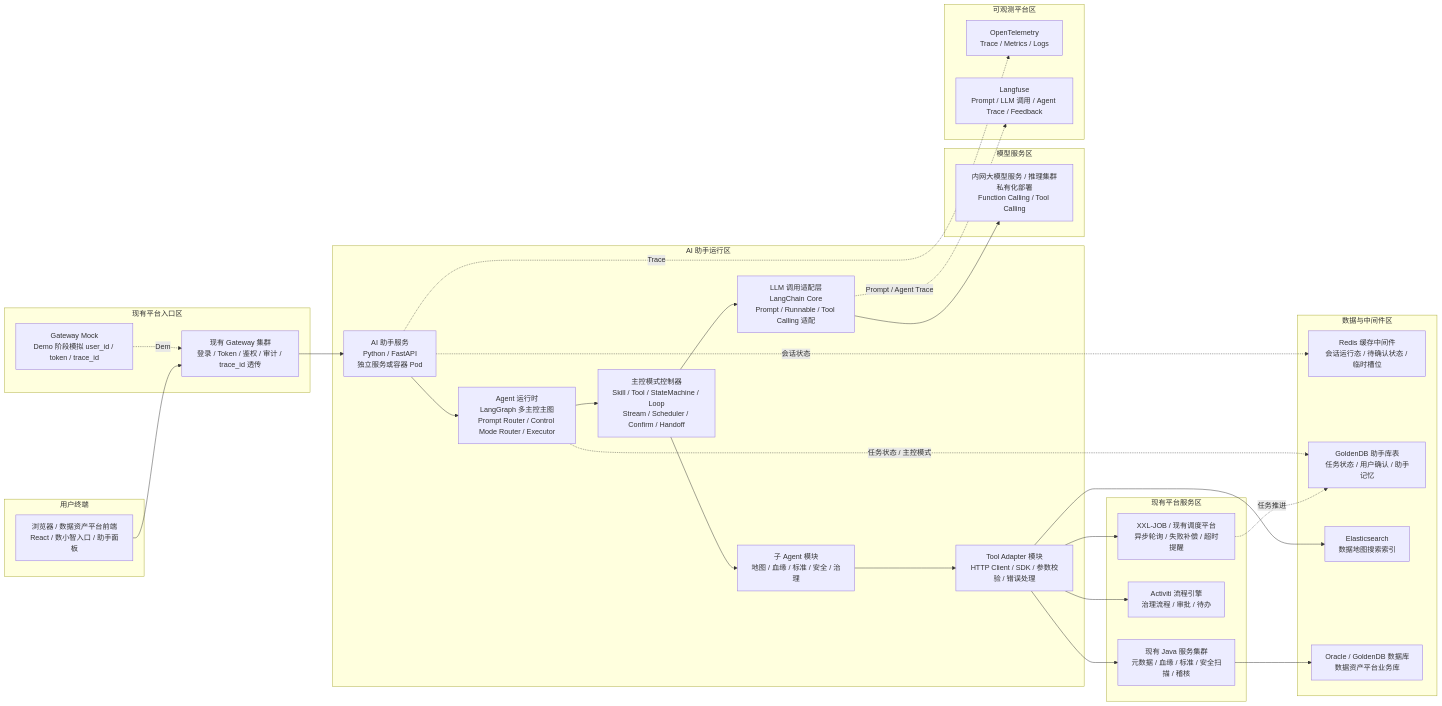
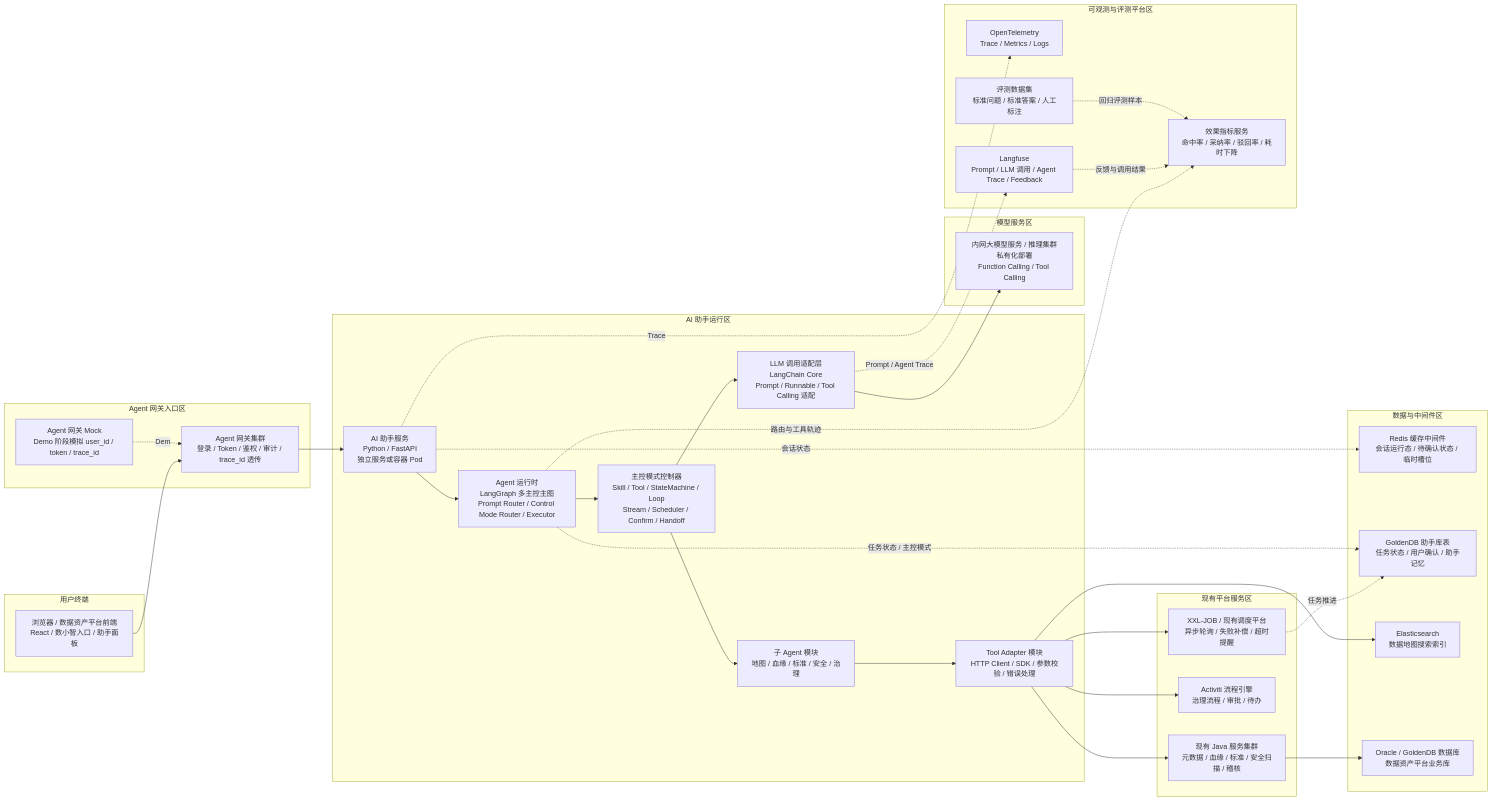
One commit to ShaneLiu001/dataasset changed the first of 8 diagrams in 数据资产助手/06-架构设计/01-数据资产助手技术架构设计.md. Above: the diagram before and after it, drawn with Mermaid. The commit also changed other lines of this file and 6 other files, not shown here.

````diff
--- a/数据资产助手/06-架构设计/01-数据资产助手技术架构设计.md
+++ b/数据资产助手/06-架构设计/01-数据资产助手技术架构设计.md
@@ -22,63 +22,68 @@
 ```mermaid
 flowchart LR
   subgraph Client[用户终端]
     Web[浏览器 / 数据资产平台前端<br/>React / 数小智入口 / 助手面板]
   end
 
-  subgraph PlatformEntry[现有平台入口区]
-    Gateway[现有 Gateway 集群<br/>登录 / Token / 鉴权 / 审计 / trace_id 透传]
-    GatewayMock[Gateway Mock<br/>Demo 阶段模拟 user_id / token / trace_id]
+  subgraph PlatformEntry[Agent 网关入口区]
+    Gateway[Agent 网关集群<br/>登录 / Token / 鉴权 / 审计 / trace_id 透传]
+    GatewayMock[Agent 网关 Mock<br/>Demo 阶段模拟 user_id / token / trace_id]
   end
 
   subgraph AssistantRuntime[AI 助手运行区]
     FastAPI[AI 助手服务<br/>Python / FastAPI<br/>独立服务或容器 Pod]
     Graph[Agent 运行时<br/>LangGraph 多主控主图<br/>Prompt Router / Control Mode Router / Executor]
     Control[主控模式控制器<br/>Skill / Tool / StateMachine / Loop<br/>Stream / Scheduler / Confirm / Handoff]
     LC[LLM 调用适配层<br/>LangChain Core<br/>Prompt / Runnable / Tool Calling 适配]
     Agents[子 Agent 模块<br/>地图 / 血缘 / 标准 / 安全 / 治理]
     Tool[Tool Adapter 模块<br/>HTTP Client / SDK / 参数校验 / 错误处理]
   end
 
   subgraph ModelZone[模型服务区]
     LLM[内网大模型服务 / 推理集群<br/>私有化部署<br/>Function Calling / Tool Calling]
   end
 
   subgraph ExistingServices[现有平台服务区]
     JavaAPI[现有 Java 服务集群<br/>元数据 / 血缘 / 标准 / 安全扫描 / 稽核]
     Activiti[Activiti 流程引擎<br/>治理流程 / 审批 / 待办]
     Scheduler[XXL-JOB / 现有调度平台<br/>异步轮询 / 失败补偿 / 超时提醒]
   end
 
   subgraph DataInfra[数据与中间件区]
     Redis[Redis 缓存中间件<br/>会话运行态 / 待确认状态 / 临时槽位]
     AssistantDB[GoldenDB 助手库表<br/>任务状态 / 用户确认 / 助手记忆]
     ES[Elasticsearch<br/>数据地图搜索索引]
     PlatformDB[Oracle / GoldenDB 数据库<br/>数据资产平台业务库]
   end
 
-  subgraph Obs[可观测平台区]
+  subgraph Obs[可观测与评测平台区]
     OTel[OpenTelemetry<br/>Trace / Metrics / Logs]
     Langfuse[Langfuse<br/>Prompt / LLM 调用 / Agent Trace / Feedback]
+    EvalSet[评测数据集<br/>标准问题 / 标准答案 / 人工标注]
+    EvalMetric[效果指标服务<br/>命中率 / 采纳率 / 驳回率 / 耗时下降]
   end
 
   Web --> Gateway
   GatewayMock -.Demo.-> Gateway
   Gateway --> FastAPI
   FastAPI --> Graph
   Graph --> Control
   Control --> Agents
   Agents --> Tool
   Tool --> JavaAPI
   Control --> LC
   LC --> LLM
 
   Tool --> ES
   Tool --> Activiti
   Tool --> Scheduler
   JavaAPI --> PlatformDB
   Scheduler -.任务推进.-> AssistantDB
   FastAPI -.会话状态.-> Redis
   Graph -.任务状态 / 主控模式.-> AssistantDB
   FastAPI -.Trace.-> OTel
   LC -.Prompt / Agent Trace.-> Langfuse
+  Graph -.路由与工具轨迹.-> EvalMetric
+  Langfuse -.反馈与调用结果.-> EvalMetric
+  EvalSet -.回归评测样本.-> EvalMetric
 ```
````
